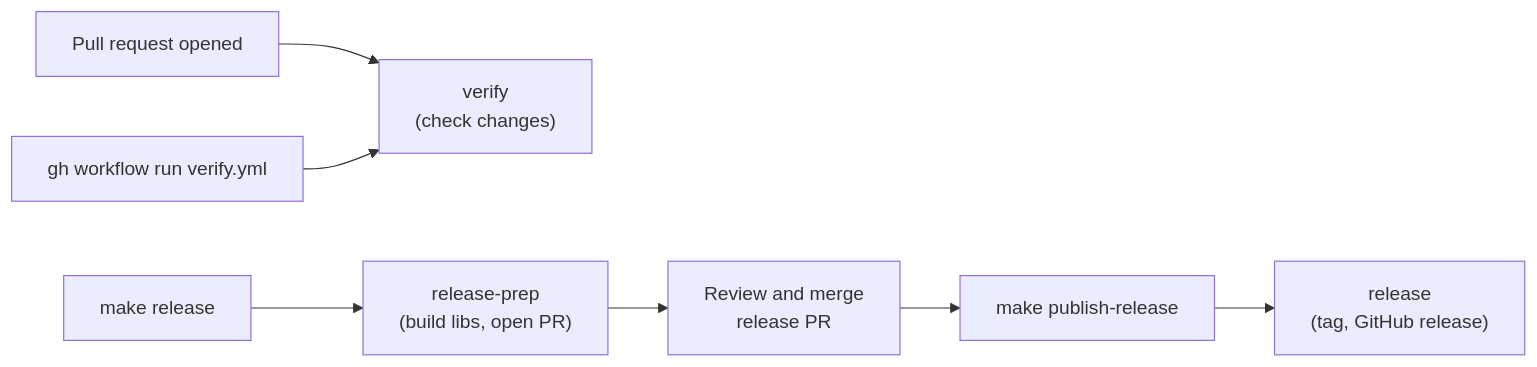
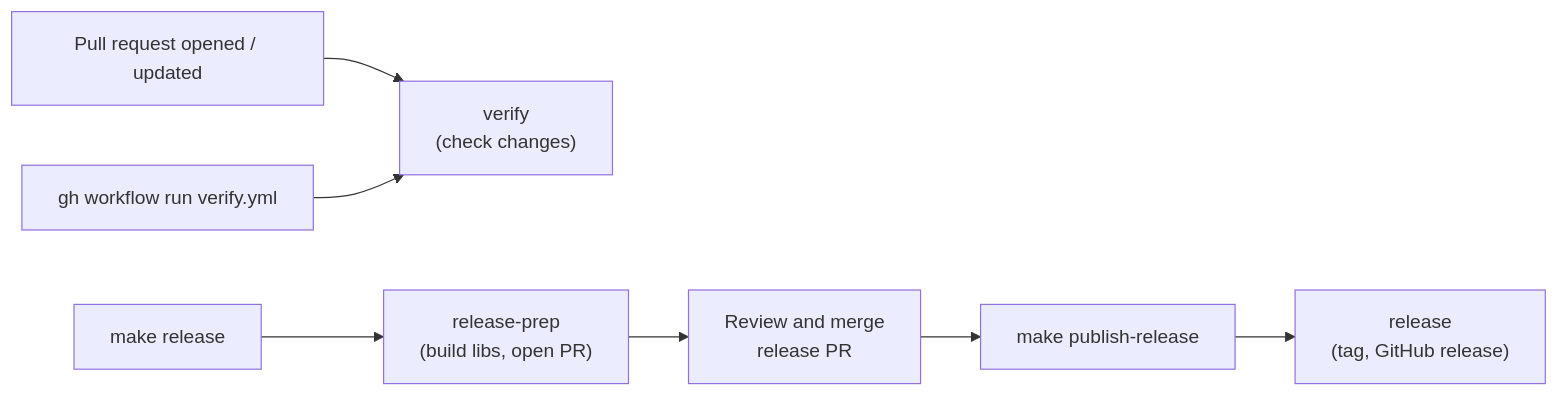
Before and after one commit to mdfranz/gomonty: the diagram in docs/ci.md, drawn with Mermaid. The commit also changed other lines of this file and 20 other files, not shown here.

````diff
--- a/docs/ci.md
+++ b/docs/ci.md
@@ -5,9 +5,9 @@
 ```mermaid
 flowchart LR
-    pr["Pull request opened"] --> verify
+    pr["Pull request opened / updated"] --> verify
     dispatch["gh workflow run verify.yml"] --> verify
     verify["verify<br/>(check changes)"]
     make["make release"] --> prep["release-prep<br/>(build libs, open PR)"]
     prep --> merge["Review and merge<br/>release PR"]
     merge --> pub["make publish-release"] --> rel["release<br/>(tag, GitHub release)"]
 ```
````
